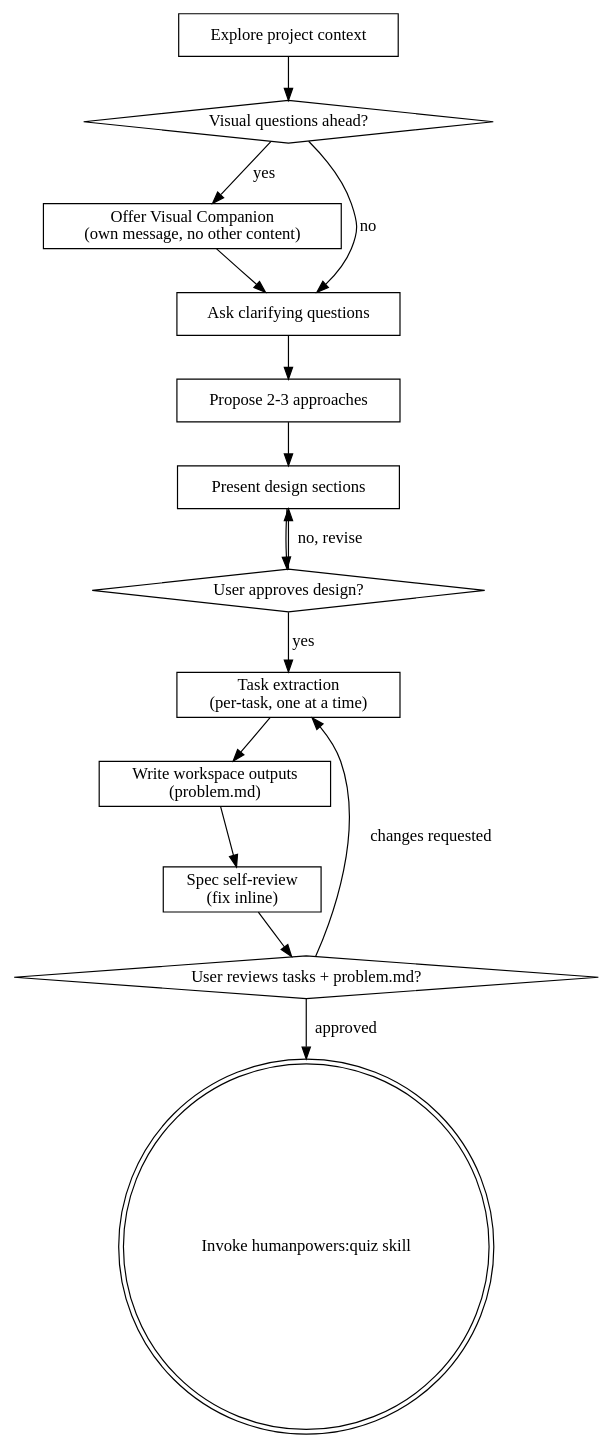
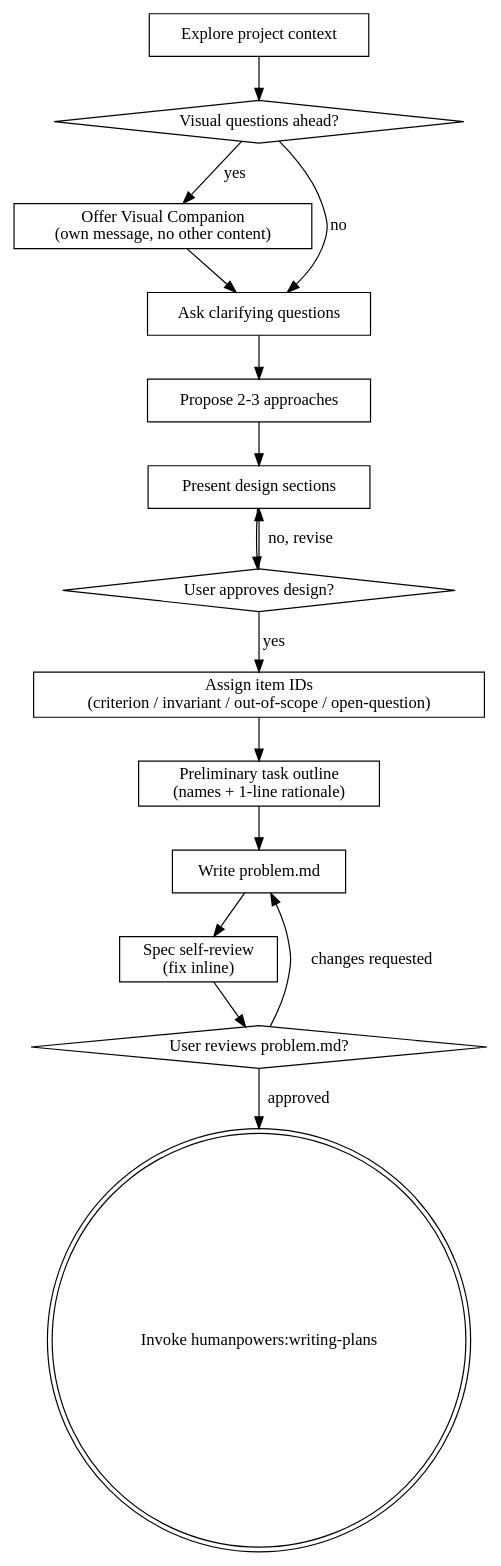
One commit to yoonjong12/humanpowers changed the diagram in skills/brainstorming/SKILL.md. Above: the diagram before and after it, drawn with Graphviz. The commit also changed other lines of this file, not shown here.

Commit message:
brainstorming: produces problem.md only, hands off to writing-plans (flow inversion)

````diff
--- a/skills/brainstorming/SKILL.md
+++ b/skills/brainstorming/SKILL.md
@@ -63,31 +64,33 @@
 ```dot
 digraph brainstorming {
     "Explore project context" [shape=box];
     "Visual questions ahead?" [shape=diamond];
     "Offer Visual Companion\n(own message, no other content)" [shape=box];
     "Ask clarifying questions" [shape=box];
     "Propose 2-3 approaches" [shape=box];
     "Present design sections" [shape=box];
     "User approves design?" [shape=diamond];
-    "Task extraction\n(per-task, one at a time)" [shape=box];
-    "Write workspace outputs\n(problem.md)" [shape=box];
+    "Assign item IDs\n(criterion / invariant / out-of-scope / open-question)" [shape=box];
+    "Preliminary task outline\n(names + 1-line rationale)" [shape=box];
+    "Write problem.md" [shape=box];
     "Spec self-review\n(fix inline)" [shape=box];
-    "User reviews tasks + problem.md?" [shape=diamond];
-    "Invoke humanpowers:quiz skill" [shape=doublecircle];
+    "User reviews problem.md?" [shape=diamond];
+    "Invoke humanpowers:writing-plans" [shape=doublecircle];
 
     "Explore project context" -> "Visual questions ahead?";
     "Visual questions ahead?" -> "Offer Visual Companion\n(own message, no other content)" [label="yes"];
     "Visual questions ahead?" -> "Ask clarifying questions" [label="no"];
     "Offer Visual Companion\n(own message, no other content)" -> "Ask clarifying questions";
     "Ask clarifying questions" -> "Propose 2-3 approaches";
     "Propose 2-3 approaches" -> "Present design sections";
     "Present design sections" -> "User approves design?";
     "User approves design?" -> "Present design sections" [label="no, revise"];
-    "User approves design?" -> "Task extraction\n(per-task, one at a time)" [label="yes"];
-    "Task extraction\n(per-task, one at a time)" -> "Write workspace outputs\n(problem.md)";
-    "Write workspace outputs\n(problem.md)" -> "Spec self-review\n(fix inline)";
-    "Spec self-review\n(fix inline)" -> "User reviews tasks + problem.md?";
-    "User reviews tasks + problem.md?" -> "Task extraction\n(per-task, one at a time)" [label="changes requested"];
-    "User reviews tasks + problem.md?" -> "Invoke humanpowers:quiz skill" [label="approved"];
+    "User approves design?" -> "Assign item IDs\n(criterion / invariant / out-of-scope / open-question)" [label="yes"];
+    "Assign item IDs\n(criterion / invariant / out-of-scope / open-question)" -> "Preliminary task outline\n(names + 1-line rationale)";
+    "Preliminary task outline\n(names + 1-line rationale)" -> "Write problem.md";
+    "Write problem.md" -> "Spec self-review\n(fix inline)";
+    "Spec self-review\n(fix inline)" -> "User reviews problem.md?";
+    "User reviews problem.md?" -> "Write problem.md" [label="changes requested"];
+    "User reviews problem.md?" -> "Invoke humanpowers:writing-plans" [label="approved"];
 }
 ```
````
